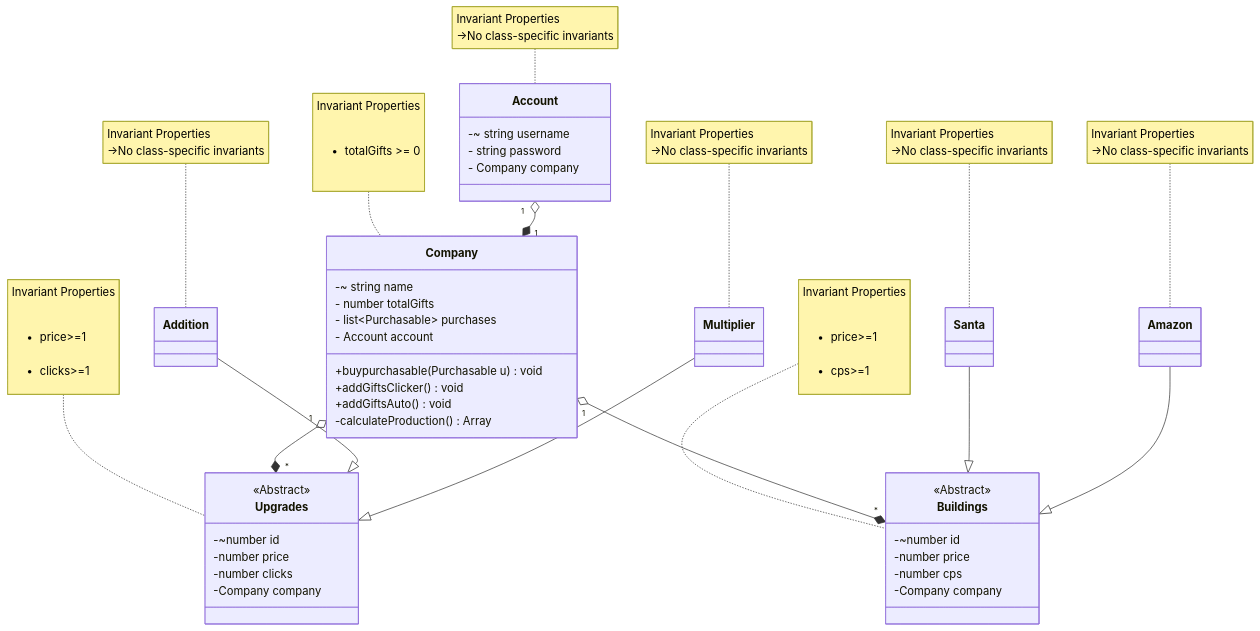
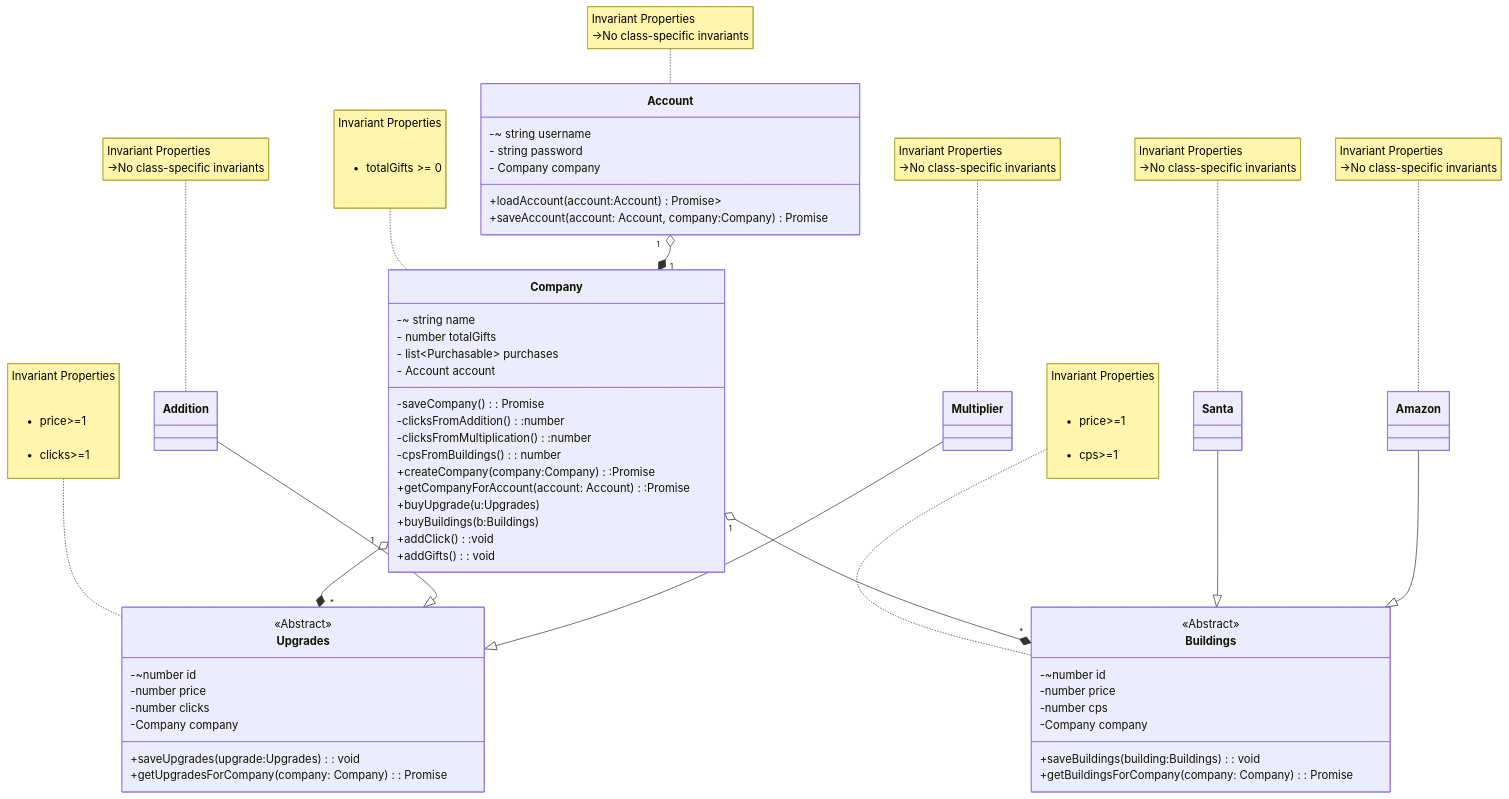
One commit to umangmehta0007/Clicker changed the diagram in domain.md. Above: the diagram before and after it, drawn with Mermaid. The commit also changed other lines of this file and 36 other files, not shown here.

```diff
--- a/domain.md
+++ b/domain.md
@@ -18,8 +18,11 @@
         -~ string username
         - string password
         - Company company
+        
+        +loadAccount(account:Account) Promise<list<Account>>
+        +saveAccount(account: Account, company:Company) Promise<void>
+        
     }
-        
         note for Company "Invariant Properties
              <ul> 
                 <li> totalGifts >= 0
@@ -32,10 +35,19 @@
         - list~Purchasable~ purchases
         - Account account
         
-        +buypurchasable(Purchasable u) void
-        +addGiftsClicker() void
-        +addGiftsAuto()void
-        -calculateProduction() Array<number>
+        -saveCompany(): Promise<Company>
+        -clicksFromAddition():number
+        -clicksFromMultiplication():number
+        -cpsFromBuildings(): number
+
+        +createCompany(company:Company):Promise<Company>
+        +getCompanyForAccount(account: Account):Promise<Company>
+
+        +buyUpgrade(u:Upgrades)
+        +buyBuildings(b:Buildings)
+
+        +addClick():void
+        +addGifts(): void
         
     }
 
@@ -54,6 +66,10 @@
         -number price
         -number clicks
         -Company company
+        
+        +saveUpgrades(upgrade:Upgrades): void
+        +getUpgradesForCompany(company: Company): Promise<list(Upgrades)>
+        
     }
 
     note for Buildings "Invariant Properties
@@ -71,6 +87,10 @@
         -number price
         -number cps
         -Company company
+
+        +saveBuildings(building:Buildings): void
+        +getBuildingsForCompany(company: Company): Promise<list(Buildings)>
+
     }
 
     note for Addition "Invariant Properties
```
